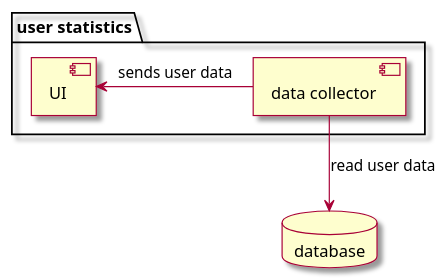
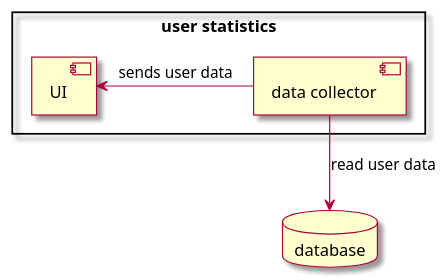
Before and after one commit to pintergreg/software-engineering: the diagram in lectures/figures/user_statistics/component_1.puml, drawn with PlantUML. The commit also changed 1 other file, not shown here.

Commit message:
Use rectangle instead of package #20

```diff
--- a/lectures/figures/user_statistics/component_1.puml
+++ b/lectures/figures/user_statistics/component_1.puml
@@ -1,17 +1,17 @@
 @startuml
 skin rose
-package "user statistics" {
+rectangle "user statistics" {
   [UI]
   [data collector]
 }
 
 [data collector]
 
 database "database" {
 
 }
 
 [UI] <- [data collector]: sends user data
 [data collector] --> [database]: read user data
 
 @enduml
```
